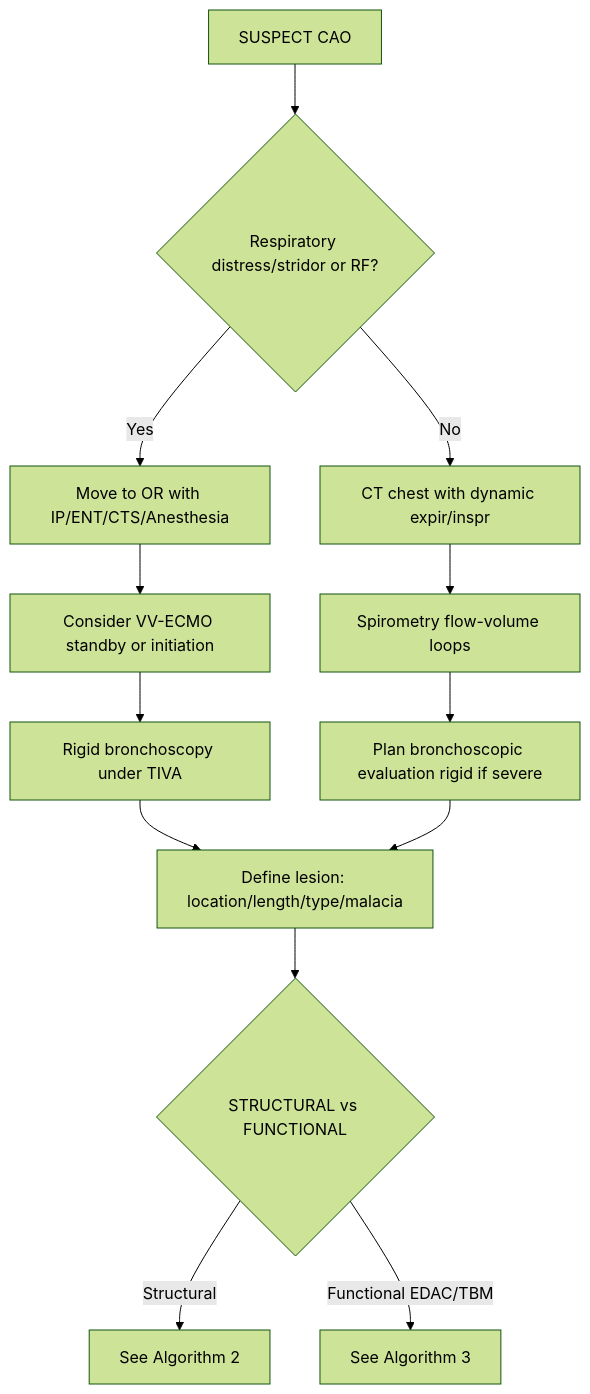
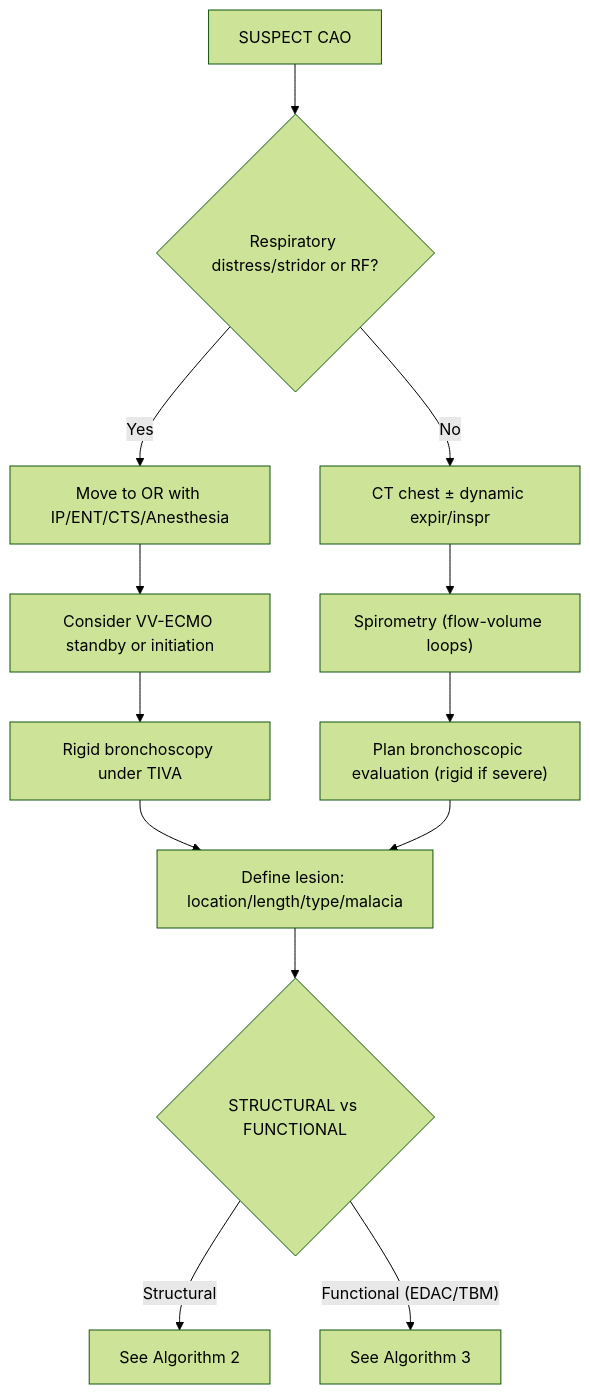
The first of 3 diagrams in content/modules/board/non-malignant-cao.mdx (russellmiller49/Interventional-Pulm-Education-Project), drawn with Mermaid (forest theme) before and after one commit. The commit also changed other lines of this file and 45 other files, not shown here.

````diff
--- a/content/modules/board/non-malignant-cao.mdx
+++ b/content/modules/board/non-malignant-cao.mdx
@@ -178,15 +121,15 @@
 ```mermaid
 flowchart TD
-A[SUSPECT CAO] --> B{Respiratory distress/stridor or RF?}
-B -->|Yes| C[Move to OR with IP/ENT/CTS/Anesthesia]
-C --> D[Consider VV-ECMO standby or initiation]
-D --> E[Rigid bronchoscopy under TIVA]
-B -->|No| F[CT chest with dynamic expir/inspr]
-F --> G[Spirometry flow-volume loops]
-G --> H[Plan bronchoscopic evaluation rigid if severe]
-E --> I[Define lesion: location/length/type/malacia]
-H --> I
-I --> J{STRUCTURAL vs FUNCTIONAL}
-J -->|Structural| K[See Algorithm 2]
-J -->|Functional EDAC/TBM| L[See Algorithm 3]
+        A["SUSPECT CAO"] --> B{"Respiratory distress/stridor or RF?"}
+        B -- Yes --> C["Move to OR with IP/ENT/CTS/Anesthesia"]
+        C --> D["Consider VV-ECMO standby or initiation"]
+        D --> E["Rigid bronchoscopy under TIVA"]
+        B -- No --> F["CT chest ± dynamic expir/inspr"]
+        F --> G["Spirometry (flow-volume loops)"]
+        G --> H["Plan bronchoscopic evaluation (rigid if severe)"]
+        E --> I["Define lesion: location/length/type/malacia"]
+        H --> I
+        I --> J{"STRUCTURAL vs FUNCTIONAL"}
+        J -- Structural --> K["See Algorithm 2"]
+        J -- Functional (EDAC/TBM) --> L["See Algorithm 3"]
 ```
````
